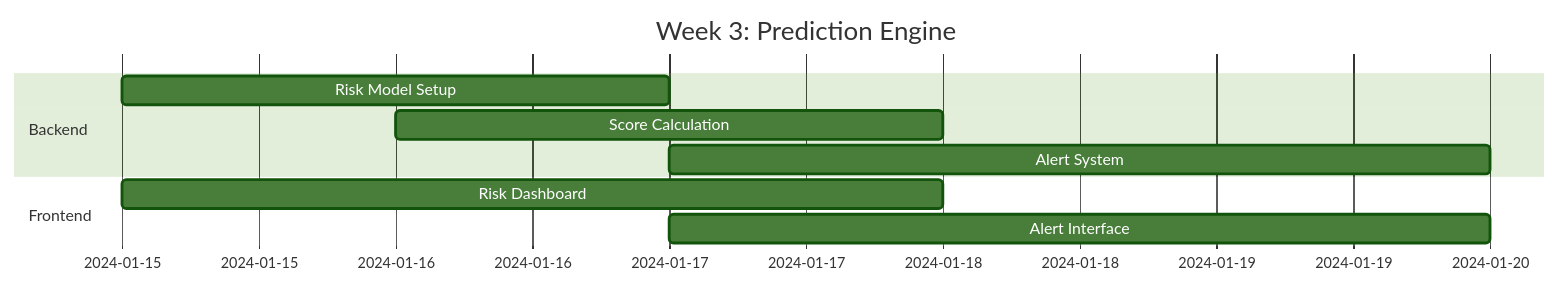
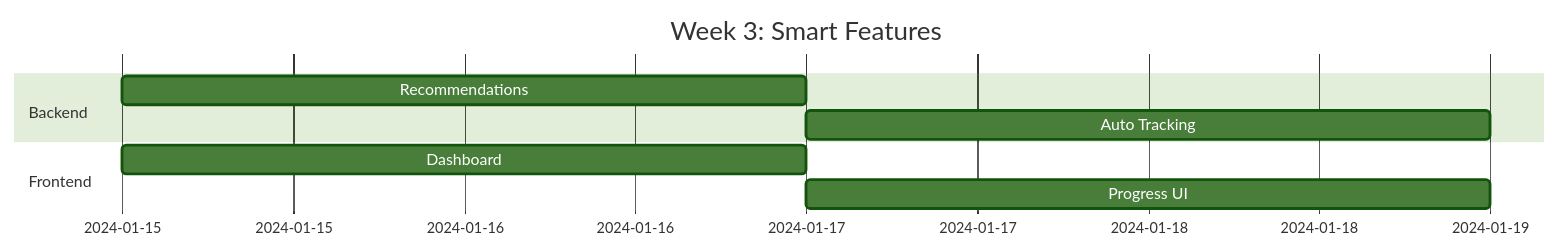
The third of 4 diagrams in docs/MVP_PLAN.md (menezmethod/churnistic), drawn with Mermaid (forest theme) before and after one commit. The commit also changed other lines of this file and 10 other files, not shown here.

````diff
--- a/docs/MVP_PLAN.md
+++ b/docs/MVP_PLAN.md
@@ -173,12 +197,11 @@
 ```mermaid
 gantt
-    title Week 3: Prediction Engine
+    title Week 3: Smart Features
     dateFormat  YYYY-MM-DD
     section Backend
-    Risk Model Setup      :2024-01-15, 2d
-    Score Calculation     :2024-01-16, 2d
-    Alert System         :2024-01-17, 3d
+    Recommendations      :2024-01-15, 2d
+    Auto Tracking       :2024-01-17, 2d
     section Frontend
-    Risk Dashboard       :2024-01-15, 3d
-    Alert Interface      :2024-01-17, 3d
+    Dashboard           :2024-01-15, 2d
+    Progress UI         :2024-01-17, 2d
 ```
````
